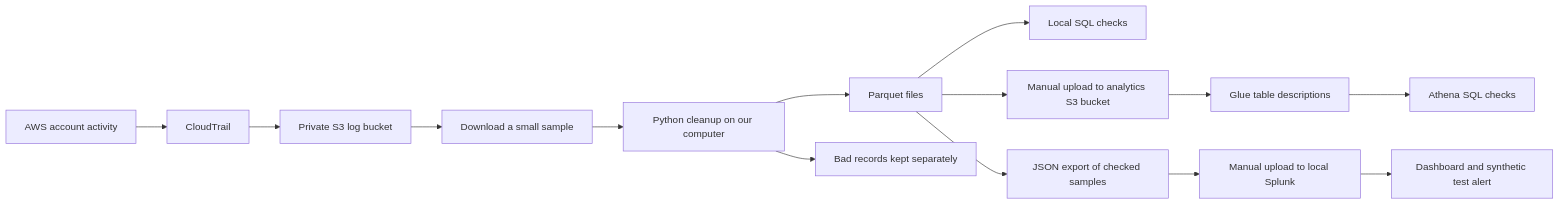
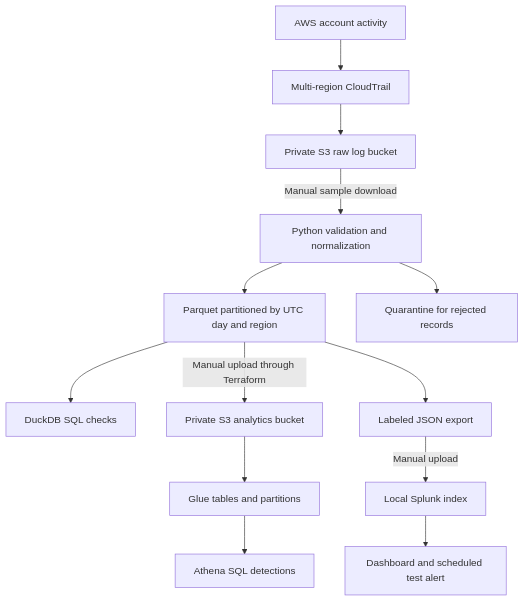
The diagram in README.md (echeekene/Cloud-detection-pipeline), drawn with Mermaid before and after one commit. The commit also changed other lines of this file, not shown here.

Commit message:
Present README as a cloud security portfolio project

````diff
--- a/README.md
+++ b/README.md
@@ -45,16 +24,15 @@
 ```mermaid
-flowchart LR
-    A[AWS account activity] --> B[CloudTrail]
-    B --> C[Private S3 log bucket]
-    C --> D[Download a small sample]
-    D --> E[Python cleanup on our computer]
-    E --> F[Parquet files]
-    E --> G[Bad records kept separately]
-    F --> H[Local SQL checks]
-    F --> I[Manual upload to analytics S3 bucket]
-    I --> J[Glue table descriptions]
-    J --> K[Athena SQL checks]
-    F --> L[JSON export of checked samples]
-    L --> M[Manual upload to local Splunk]
-    M --> N[Dashboard and synthetic test alert]
+flowchart TD
+    A[AWS account activity] --> B[Multi-region CloudTrail]
+    B --> C[Private S3 raw log bucket]
+    C -->|Manual sample download| D[Python validation and normalization]
+    D --> E[Parquet partitioned by UTC day and region]
+    D --> F[Quarantine for rejected records]
+    E --> G[DuckDB SQL checks]
+    E -->|Manual upload through Terraform| H[Private S3 analytics bucket]
+    H --> I[Glue tables and partitions]
+    I --> J[Athena SQL detections]
+    E --> K[Labeled JSON export]
+    K -->|Manual upload| L[Local Splunk index]
+    L --> M[Dashboard and scheduled test alert]
 ```
````
